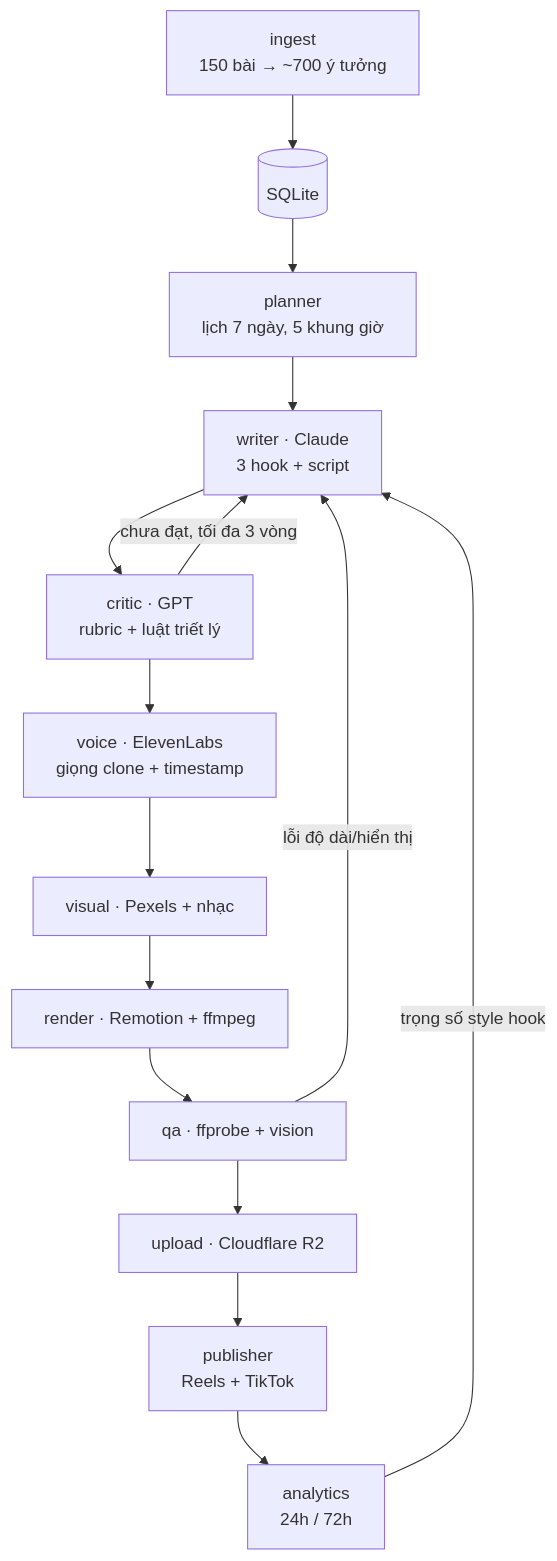
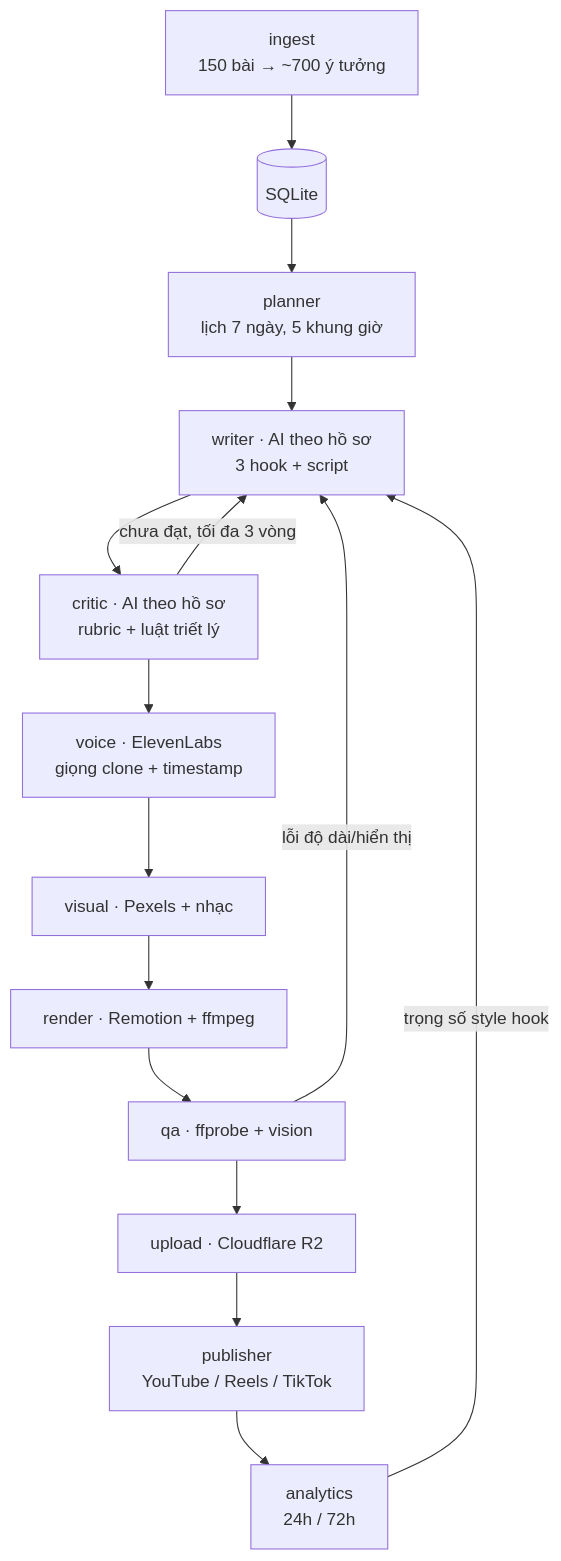
Before and after one commit to tadev999/auto_publishing: the diagram in README.md, drawn with Mermaid. The commit also changed other lines of this file and 103 other files, not shown here.

````diff
--- a/README.md
+++ b/README.md
@@ -16,17 +26,17 @@
 ```mermaid
 flowchart TD
     A[ingest<br/>150 bài → ~700 ý tưởng] --> B[(SQLite)]
     B --> C[planner<br/>lịch 7 ngày, 5 khung giờ]
-    C --> D[writer · Claude<br/>3 hook + script]
-    D --> E[critic · GPT<br/>rubric + luật triết lý]
+    C --> D[writer · AI theo hồ sơ<br/>3 hook + script]
+    D --> E[critic · AI theo hồ sơ<br/>rubric + luật triết lý]
     E -- chưa đạt, tối đa 3 vòng --> D
     E --> F[voice · ElevenLabs<br/>giọng clone + timestamp]
     F --> G[visual · Pexels + nhạc]
     G --> H[render · Remotion + ffmpeg]
     H --> I[qa · ffprobe + vision]
     I -- lỗi độ dài/hiển thị --> D
     I --> J[upload · Cloudflare R2]
-    J --> K[publisher<br/>Reels + TikTok]
+    J --> K[publisher<br/>YouTube / Reels / TikTok]
     K --> L[analytics<br/>24h / 72h]
     L -- trọng số style hook --> D
 ```
````
